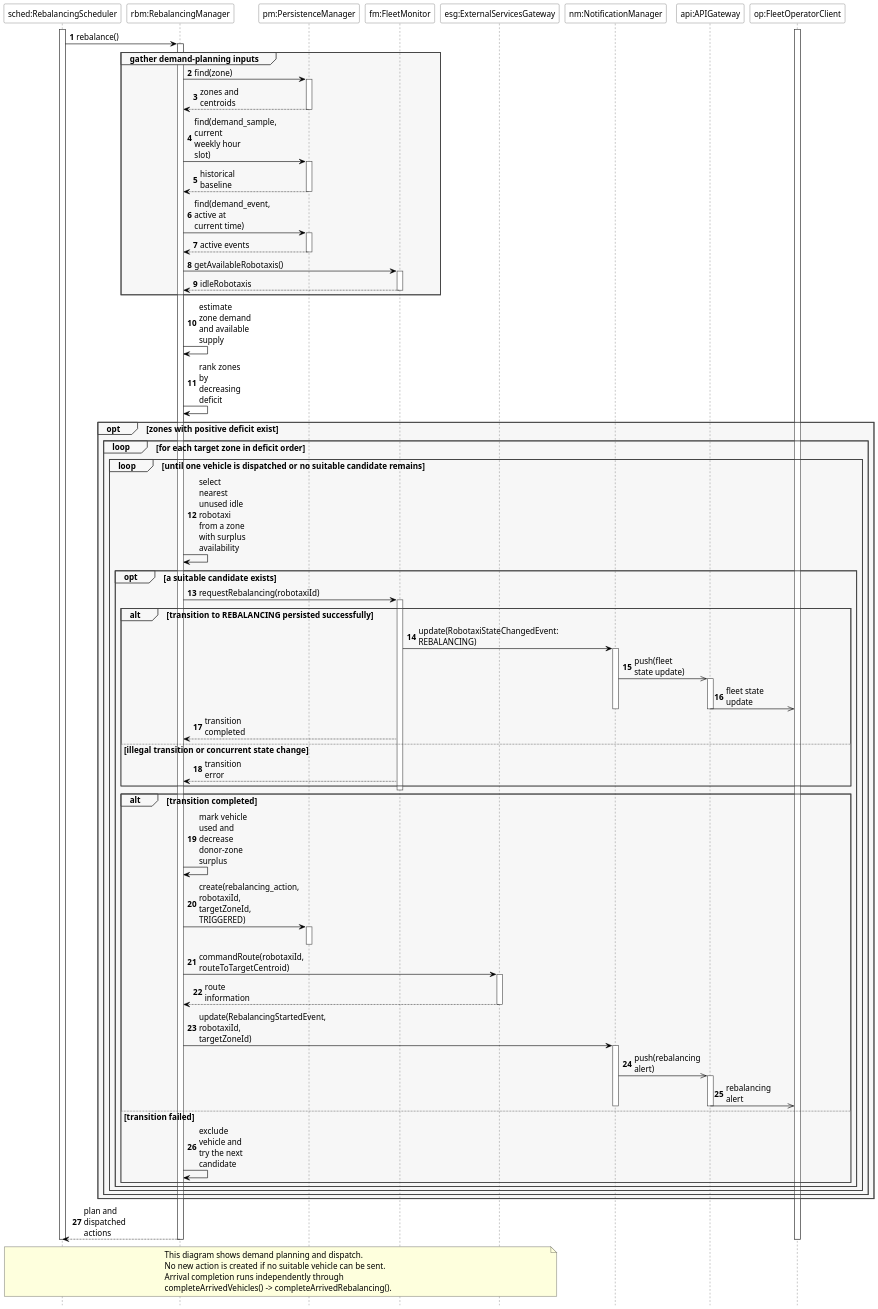
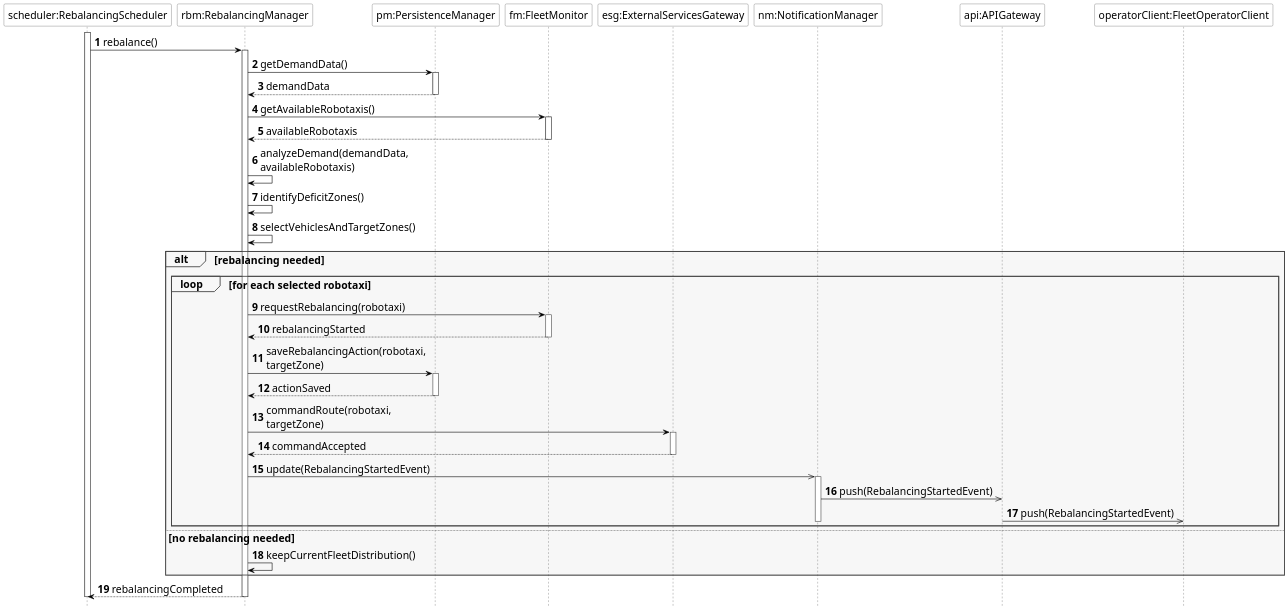
Before and after one commit to meggie-0/SE4A_ROAd_MargheritaBertipaglia_DavidCazzaniga_PasqualeIgnarra_Project: the diagram in DD/diagrams/sequence_diagrams/seq_rebalancing.puml, drawn with PlantUML. The commit also changed 18 other files, not shown here.

Commit message:
Refined DD and RASD diagrams

```diff
--- a/DD/diagrams/sequence_diagrams/seq_rebalancing.puml
+++ b/DD/diagrams/sequence_diagrams/seq_rebalancing.puml
@@ -1,146 +1,113 @@
 @startuml
 
 skinparam backgroundColor white
 skinparam shadowing false
 skinparam defaultFontName Arial
-skinparam defaultFontSize 14
+skinparam defaultFontSize 18
 skinparam dpi 150
 skinparam maxMessageSize 90
 
 skinparam sequence {
     ArrowColor black
     LifeLineBorderColor #444444
     LifeLineBackgroundColor white
     ParticipantBorderColor #444444
     ParticipantBackgroundColor white
     ParticipantFontColor black
     GroupBorderColor #444444
     GroupBackgroundColor #F7F7F7
     DividerBorderColor #444444
     DividerBackgroundColor #F2F2F2
 }
 
 <style>
 sequenceDiagram {
   participant {
     Padding 20
   }
   group {
     Padding 10
     BackgroundColor #F7F7F7
     LineColor #444444
   }
   lifeLine {
     LineColor #444444
     BackgroundColor white
   }
   arrow {
     LineColor black
   }
 }
 </style>
 
 hide footbox
 autonumber
 
-' Component-level view: arguments and returned DTOs are abbreviated.
-' PersistenceManager includes database access; its internal SQL is omitted.
-' Internal helper work is grouped under the component that owns it.
-' Calls to update(event) include subject notification where applicable.
-' WebSocket delivery uses the sessions registered by the API Gateway.
-
-participant "sched:RebalancingScheduler" as S
+participant "scheduler:RebalancingScheduler" as Scheduler
 participant "rbm:RebalancingManager" as RBM
 participant "pm:PersistenceManager" as PM
 participant "fm:FleetMonitor" as FM
 participant "esg:ExternalServicesGateway" as ESG
 participant "nm:NotificationManager" as NM
 participant "api:APIGateway" as API
-participant "op:FleetOperatorClient" as OP
+participant "operatorClient:FleetOperatorClient" as Operator
 
-activate OP
-activate S
-S -> RBM : rebalance()
+activate Scheduler
+
+Scheduler -> RBM: rebalance()
 activate RBM
 
-group gather demand-planning inputs
-    RBM -> PM : find(zone)
-    activate PM
-    PM --> RBM : zones and centroids
-    deactivate PM
-    RBM -> PM : find(demand_sample, current weekly hour slot)
-    activate PM
-    PM --> RBM : historical baseline
-    deactivate PM
-    RBM -> PM : find(demand_event, active at current time)
-    activate PM
-    PM --> RBM : active events
-    deactivate PM
-    RBM -> FM : getAvailableRobotaxis()
-    activate FM
-    FM --> RBM : idleRobotaxis
-    deactivate FM
+RBM -> PM: getDemandData()
+activate PM
+PM --> RBM: demandData
+deactivate PM
+
+RBM -> FM: getAvailableRobotaxis()
+activate FM
+FM --> RBM: availableRobotaxis
+deactivate FM
+
+RBM -> RBM: analyzeDemand(demandData,\navailableRobotaxis)
+
+RBM -> RBM: identifyDeficitZones()
+RBM -> RBM: selectVehiclesAndTargetZones()
+
+alt rebalancing needed
+
+    loop for each selected robotaxi
+
+        RBM -> FM: requestRebalancing(robotaxi)
+        activate FM
+        FM --> RBM: rebalancingStarted
+        deactivate FM
+
+        RBM -> PM: saveRebalancingAction(robotaxi,\ntargetZone)
+        activate PM
+        PM --> RBM: actionSaved
+        deactivate PM
+
+        RBM -> ESG: commandRoute(robotaxi,\ntargetZone)
+        activate ESG
+        ESG --> RBM: commandAccepted
+        deactivate ESG
+
+        RBM ->> NM: update(RebalancingStartedEvent)
+        activate NM
+        NM ->> API: push(RebalancingStartedEvent)
+        API ->> Operator: push(RebalancingStartedEvent)
+        deactivate NM
+
+    end
+
+else no rebalancing needed
+
+    RBM -> RBM: keepCurrentFleetDistribution()
+
 end
 
-RBM -> RBM : estimate zone demand and available supply
-RBM -> RBM : rank zones by decreasing deficit
+RBM --> Scheduler: rebalancingCompleted
 
-opt zones with positive deficit exist
-    loop for each target zone in deficit order
-        loop until one vehicle is dispatched or no suitable candidate remains
-            RBM -> RBM : select nearest unused idle robotaxi\nfrom a zone with surplus availability
-            opt a suitable candidate exists
-                RBM -> FM : requestRebalancing(robotaxiId)
-                activate FM
-                alt transition to REBALANCING persisted successfully
-                    FM -> NM : update(RobotaxiStateChangedEvent: REBALANCING)
-                    activate NM
-                    NM ->> API : push(fleet state update)
-                    activate API
-                    API ->> OP : fleet state update
-                    deactivate API
-                    deactivate NM
-                    FM --> RBM : transition completed
-                else illegal transition or concurrent state change
-                    FM --> RBM : transition error
-                end
-                deactivate FM
-
-                alt transition completed
-                    RBM -> RBM : mark vehicle used and decrease donor-zone surplus
-                    RBM -> PM : create(rebalancing_action,\nrobotaxiId, targetZoneId, TRIGGERED)
-                    activate PM
-                    deactivate PM
-                    RBM -> ESG : commandRoute(robotaxiId, routeToTargetCentroid)
-                    activate ESG
-                    ESG --> RBM : route information
-                    deactivate ESG
-                    RBM -> NM : update(RebalancingStartedEvent, robotaxiId, targetZoneId)
-                    activate NM
-                    NM ->> API : push(rebalancing alert)
-                    activate API
-                    API ->> OP : rebalancing alert
-                    deactivate API
-                    deactivate NM
-                else transition failed
-                    RBM -> RBM : exclude vehicle and try the next candidate
-                end
-            end
-        end
-    end
-end
-
-RBM --> S : plan and dispatched actions
 deactivate RBM
-deactivate S
-
-note over S, ESG
-    This diagram shows demand planning and dispatch.
-    No new action is created if no suitable vehicle can be sent.
-    Arrival completion runs independently through
-    completeArrivedVehicles() -> completeArrivedRebalancing().
-end note
-
-deactivate OP
+deactivate Scheduler
 
 @enduml
```
